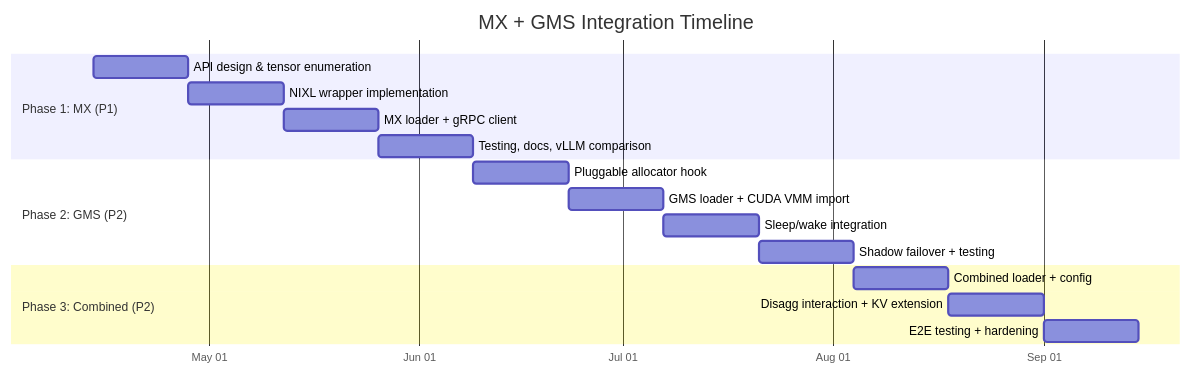
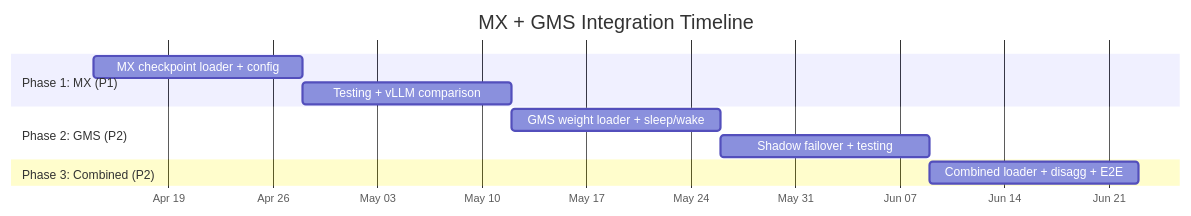
Before and after one commit to chienchunhung/TensorRT-LLM: the diagram in docs/design/mx-gms-integration/04-implementation-plan.md, drawn with Mermaid. The commit also changed other lines of this file, not shown here.

First line of the commit message:
[None][docs] Revise implementation plan: clarify library dependency model and reduce timeline

````diff
--- a/docs/design/mx-gms-integration/04-implementation-plan.md
+++ b/docs/design/mx-gms-integration/04-implementation-plan.md
@@ -7,23 +58,17 @@
 ```mermaid
 gantt
     title MX + GMS Integration Timeline
     dateFormat YYYY-MM-DD
     axisFormat %b %d
 
     section Phase 1: MX (P1)
-    API design & tensor enumeration    :p1a, 2026-04-14, 2w
-    NIXL wrapper implementation        :p1b, after p1a, 2w
-    MX loader + gRPC client            :p1c, after p1b, 2w
-    Testing, docs, vLLM comparison     :p1d, after p1c, 2w
+    MX checkpoint loader + config      :p1a, 2026-04-14, 2w
+    Testing + vLLM comparison           :p1b, after p1a, 2w
 
     section Phase 2: GMS (P2)
-    Pluggable allocator hook           :p2a, after p1d, 2w
-    GMS loader + CUDA VMM import       :p2b, after p2a, 2w
-    Sleep/wake integration             :p2c, after p2b, 2w
-    Shadow failover + testing          :p2d, after p2c, 2w
+    GMS weight loader + sleep/wake     :p2a, after p1b, 2w
+    Shadow failover + testing          :p2b, after p2a, 2w
 
     section Phase 3: Combined (P2)
-    Combined loader + config           :p3a, after p2d, 2w
-    Disagg interaction + KV extension  :p3b, after p3a, 2w
-    E2E testing + hardening            :p3c, after p3b, 2w
+    Combined loader + disagg + E2E     :p3a, after p2b, 2w
 ```
````
